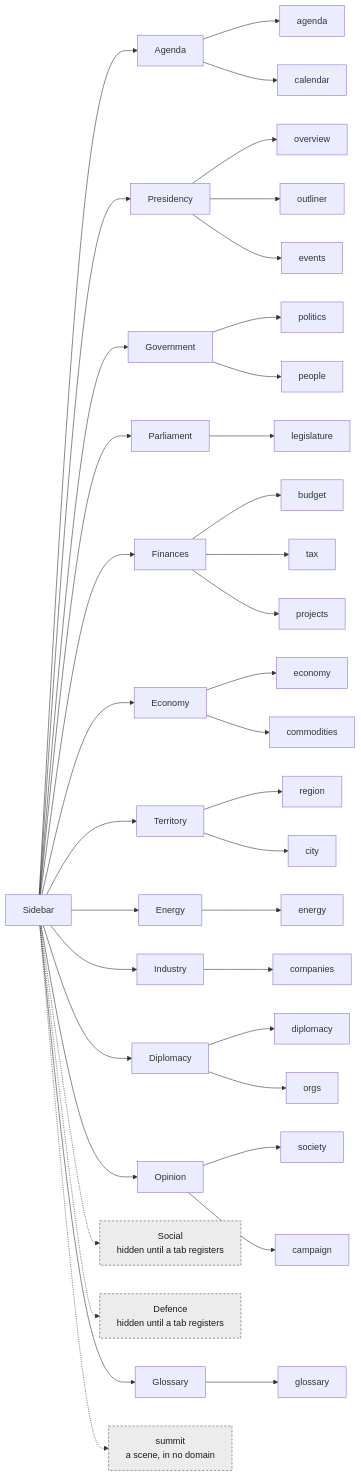
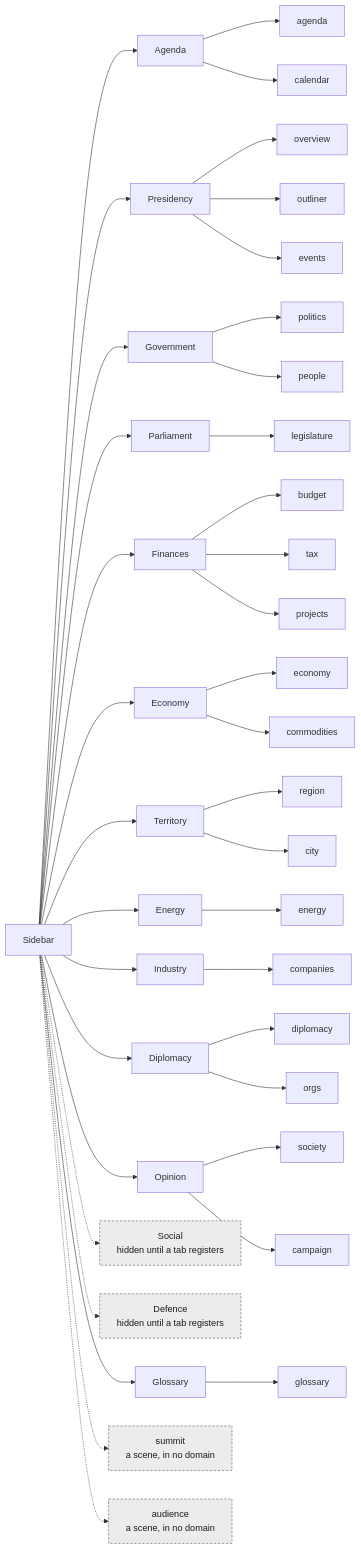
Before and after one commit to powerbassist/World-simulator: the diagram in docs/shell.md, drawn with Mermaid. The commit also changed 18 other files, not shown here.

````diff
--- a/docs/shell.md
+++ b/docs/shell.md
@@ -25,42 +25,43 @@
 ```mermaid
 flowchart LR
   sb["Sidebar"]
   sb --> d_agenda["Agenda"]
   d_agenda --> t_agenda["agenda"]
   d_agenda --> t_calendar["calendar"]
   sb --> d_presidency["Presidency"]
   d_presidency --> t_overview["overview"]
   d_presidency --> t_outliner["outliner"]
   d_presidency --> t_events["events"]
   sb --> d_government["Government"]
   d_government --> t_politics["politics"]
   d_government --> t_people["people"]
   sb --> d_parliament["Parliament"]
   d_parliament --> t_legislature["legislature"]
   sb --> d_finances["Finances"]
   d_finances --> t_budget["budget"]
   d_finances --> t_tax["tax"]
   d_finances --> t_projects["projects"]
   sb --> d_economy["Economy"]
   d_economy --> t_economy["economy"]
   d_economy --> t_commodities["commodities"]
   sb --> d_territory["Territory"]
   d_territory --> t_region["region"]
   d_territory --> t_city["city"]
   sb --> d_energy["Energy"]
   d_energy --> t_energy["energy"]
   sb --> d_industry["Industry"]
   d_industry --> t_companies["companies"]
   sb --> d_diplomacy["Diplomacy"]
   d_diplomacy --> t_diplomacy["diplomacy"]
   d_diplomacy --> t_orgs["orgs"]
   sb --> d_opinion["Opinion"]
   d_opinion --> t_society["society"]
   d_opinion --> t_campaign["campaign"]
   sb -.-> d_social["Social<br/>hidden until a tab registers"]:::hidden
   sb -.-> d_defence["Defence<br/>hidden until a tab registers"]:::hidden
   sb --> d_glossary["Glossary"]
   d_glossary --> t_glossary["glossary"]
   sb -.-> s_summit["summit<br/>a scene, in no domain"]:::hidden
+  sb -.-> s_audience["audience<br/>a scene, in no domain"]:::hidden
   classDef hidden stroke-dasharray:4 3,fill:#ececec,stroke:#555,color:#1a1a1a
 ```
````
